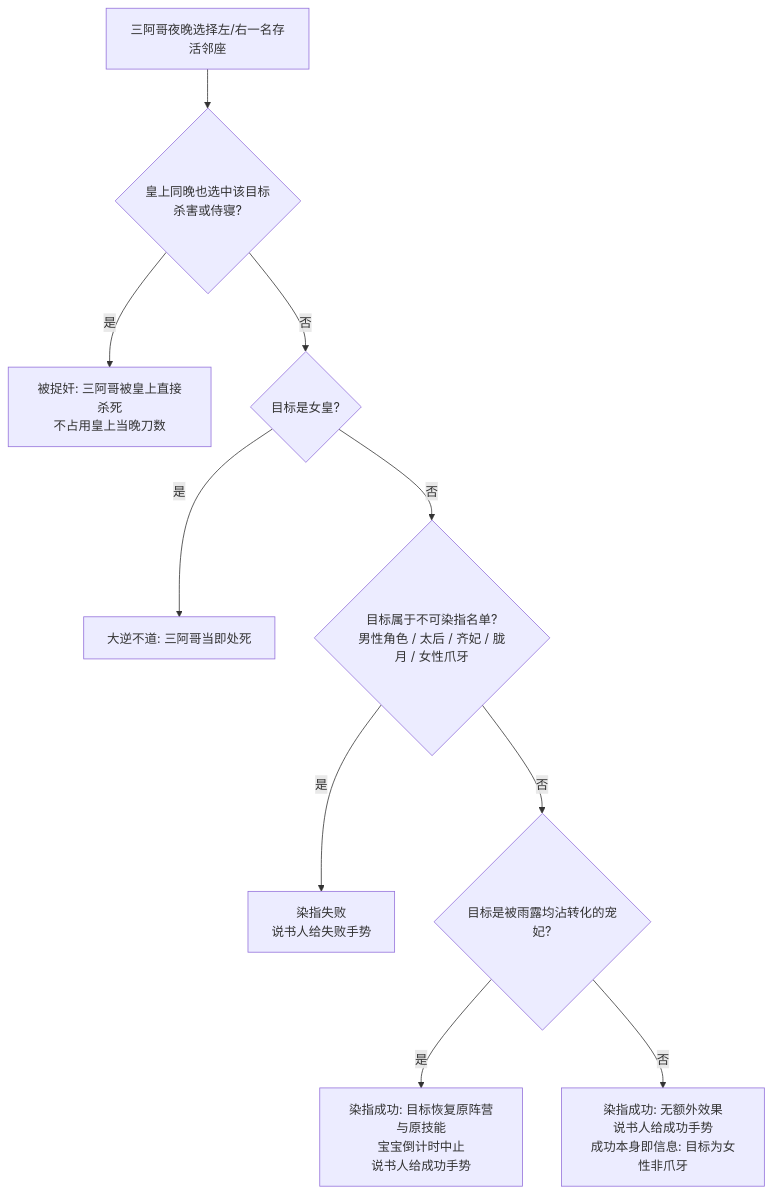
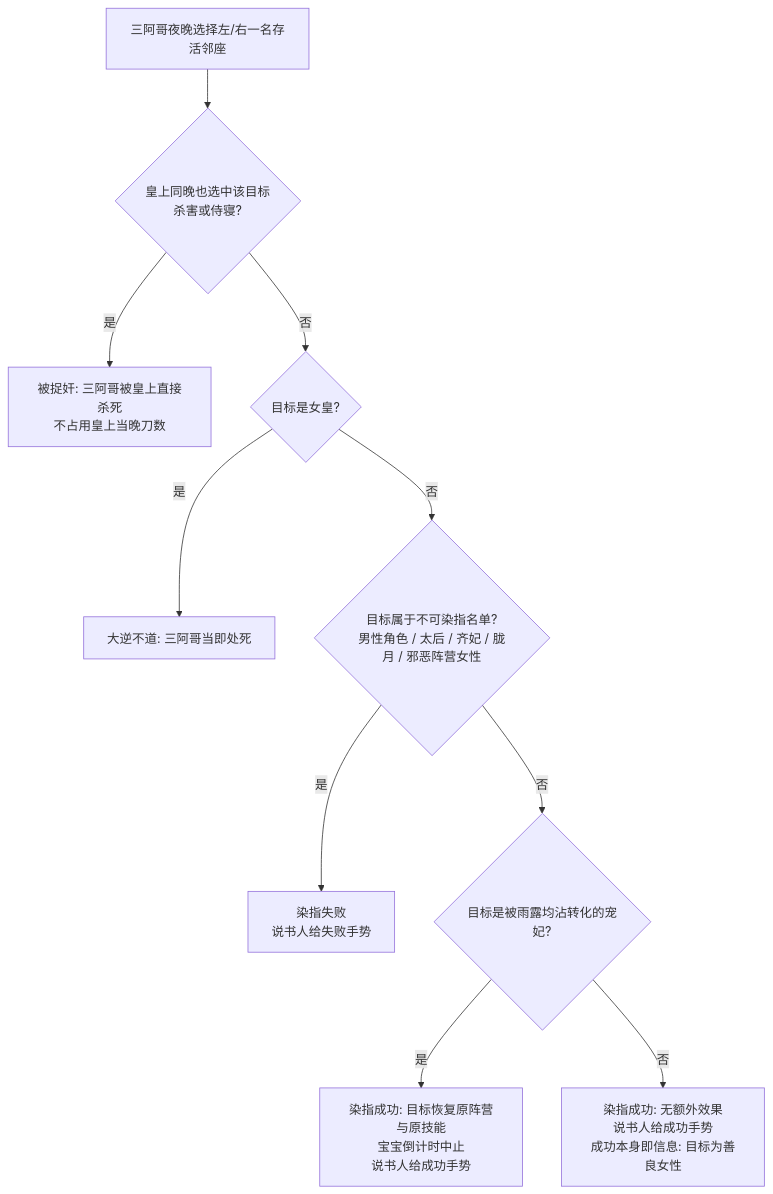
Before and after one commit to yfan2676/XueRanZhenHuan_GM_Support: the third of 5 diagrams in docs/decision_maps.md, drawn with Mermaid. The commit also changed other lines of this file and 11 other files, not shown here.

````diff
--- a/docs/decision_maps.md
+++ b/docs/decision_maps.md
@@ -77,12 +77,12 @@
 ```mermaid
 flowchart TD
     A[三阿哥夜晚选择左/右一名存活邻座] --> B{皇上同晚也选中该目标<br/>杀害或侍寝?}
     B -- 是 --> C[被捉奸: 三阿哥被皇上直接杀死<br/>不占用皇上当晚刀数]
     B -- 否 --> D{目标是女皇?}
     D -- 是 --> E[大逆不道: 三阿哥当即处死]
-    D -- 否 --> F{目标属于不可染指名单?<br/>男性角色 / 太后 / 齐妃 / 胧月 / 女性爪牙}
+    D -- 否 --> F{目标属于不可染指名单?<br/>男性角色 / 太后 / 齐妃 / 胧月 / 邪恶阵营女性}
     F -- 是 --> G[染指失败<br/>说书人给失败手势]
     F -- 否 --> H{目标是被雨露均沾转化的宠妃?}
     H -- 是 --> I[染指成功: 目标恢复原阵营与原技能<br/>宝宝倒计时中止<br/>说书人给成功手势]
-    H -- 否 --> J[染指成功: 无额外效果<br/>说书人给成功手势<br/>成功本身即信息: 目标为女性非爪牙]
+    H -- 否 --> J[染指成功: 无额外效果<br/>说书人给成功手势<br/>成功本身即信息: 目标为善良女性]
 ```
````
